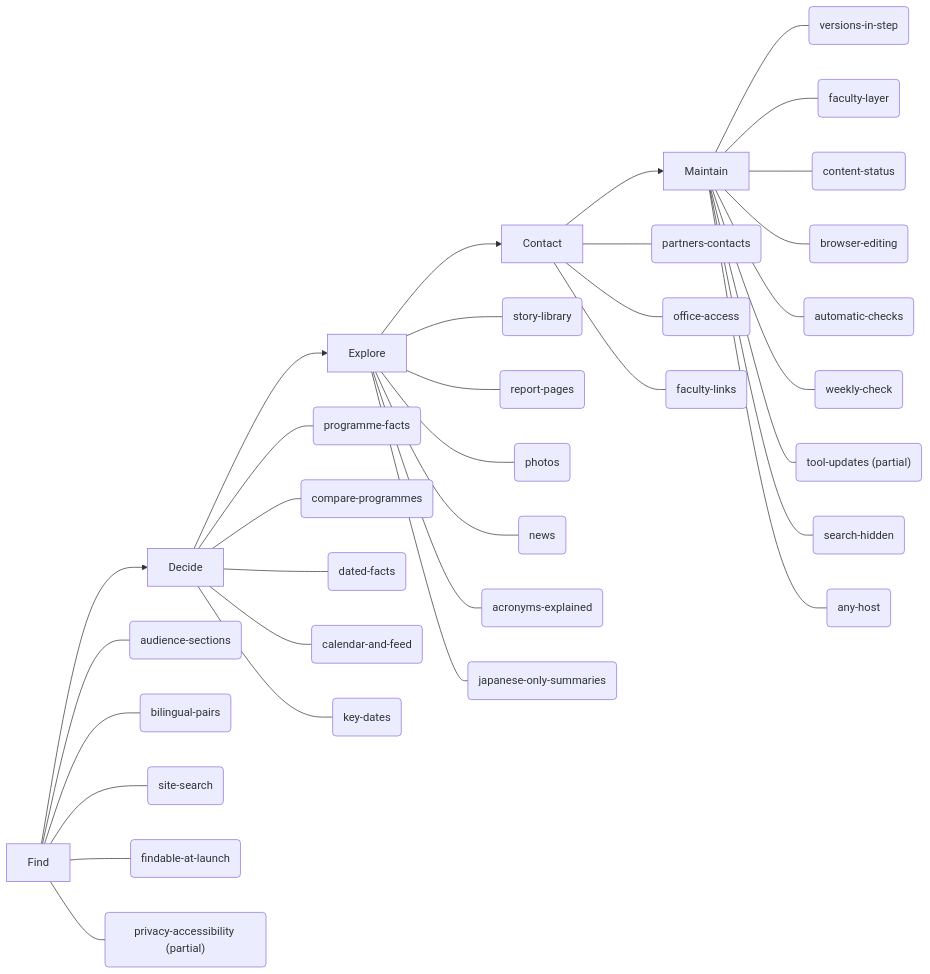
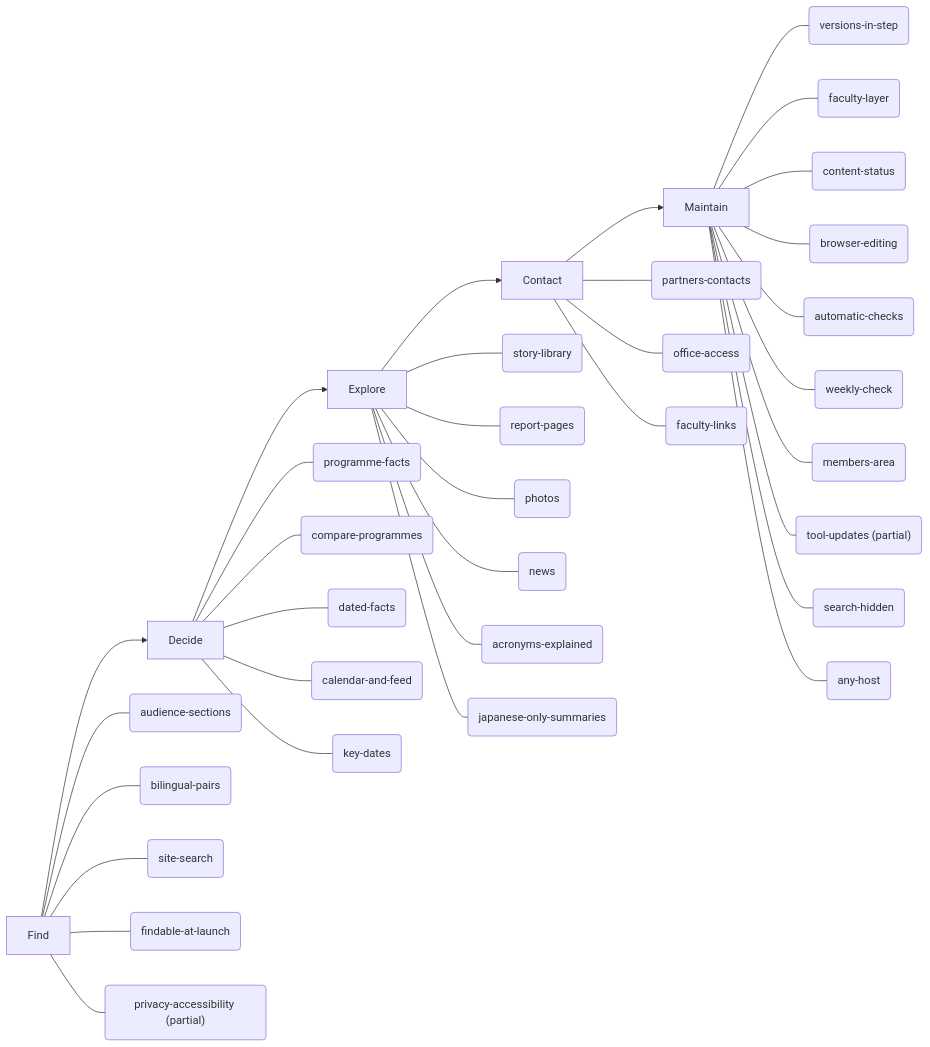
One commit to BasileChretien/nagoya-med-intl-prototype changed the diagram in docs/features.md. Above: the diagram before and after it, drawn with Mermaid. The commit also changed other lines of this file and 14 other files, not shown here.

First line of the commit message:
feat: link the Frontier-kai members' area and check every Monday that it still asks for a password (#24)

````diff
--- a/docs/features.md
+++ b/docs/features.md
@@ -5,40 +5,41 @@
 ```mermaid
 flowchart LR
   S0["Find"]
   S1["Decide"]
   S2["Explore"]
   S3["Contact"]
   S4["Maintain"]
   S0 --> S1
   S1 --> S2
   S2 --> S3
   S3 --> S4
   S0 --- audience_sections("audience-sections")
   S0 --- bilingual_pairs("bilingual-pairs")
   S1 --- programme_facts("programme-facts")
   S1 --- compare_programmes("compare-programmes")
   S1 --- dated_facts("dated-facts")
   S0 --- site_search("site-search")
   S1 --- calendar_and_feed("calendar-and-feed")
   S1 --- key_dates("key-dates")
   S2 --- story_library("story-library")
   S2 --- report_pages("report-pages")
   S2 --- photos("photos")
   S2 --- news("news")
   S3 --- partners_contacts("partners-contacts")
   S3 --- office_access("office-access")
   S2 --- acronyms_explained("acronyms-explained")
   S2 --- japanese_only_summaries("japanese-only-summaries")
   S3 --- faculty_links("faculty-links")
   S4 --- versions_in_step("versions-in-step")
   S4 --- faculty_layer("faculty-layer")
   S4 --- content_status("content-status")
   S4 --- browser_editing("browser-editing")
   S4 --- automatic_checks("automatic-checks")
   S4 --- weekly_check("weekly-check")
+  S4 --- members_area("members-area")
   S4 --- tool_updates("tool-updates (partial)")
   S4 --- search_hidden("search-hidden")
   S4 --- any_host("any-host")
   S0 --- findable_at_launch("findable-at-launch")
   S0 --- privacy_accessibility("privacy-accessibility (partial)")
 ```
````
